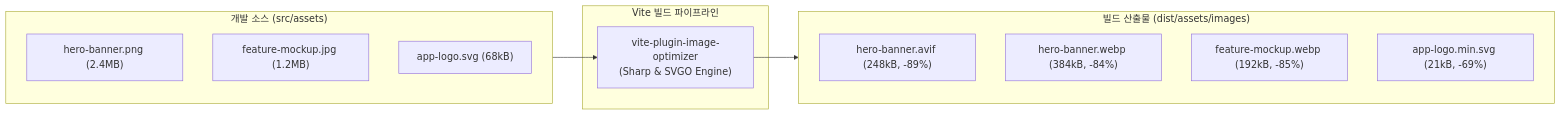
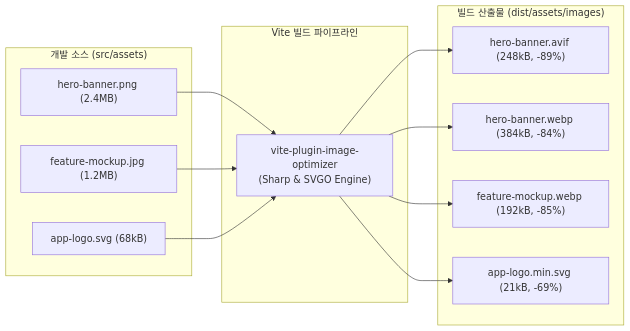
Before and after one commit to cmsong111/blog: the diagram in _posts/Vite/2026-09-18-vite-image-optimizer-webp-avif-pipeline.md, drawn with Mermaid. The commit also changed 96 other files, not shown here.

````diff
--- a/_posts/Vite/2026-09-18-vite-image-optimizer-webp-avif-pipeline.md
+++ b/_posts/Vite/2026-09-18-vite-image-optimizer-webp-avif-pipeline.md
@@ -31,22 +31,24 @@
 ```mermaid
 flowchart LR
     subgraph Source["개발 소스 (src/assets)"]
         RawPNG["hero-banner.png (2.4MB)"]
         RawJPG["feature-mockup.jpg (1.2MB)"]
         RawSVG["app-logo.svg (68kB)"]
     end
-
     subgraph Pipeline["Vite 빌드 파이프라인"]
-        Optimizer["vite-plugin-image-optimizer\n(Sharp & SVGO Engine)"]
+        Optimizer["vite-plugin-image-optimizer<br/>(Sharp & SVGO Engine)"]
     end
-
     subgraph Dist["빌드 산출물 (dist/assets/images)"]
         OutAVIF["hero-banner.avif (248kB, -89%)"]
         OutWebP["hero-banner.webp (384kB, -84%)"]
         OutOptJPG["feature-mockup.webp (192kB, -85%)"]
         OutMinSVG["app-logo.min.svg (21kB, -69%)"]
     end
-
-    Source --> Optimizer
-    Optimizer --> Dist
+    RawPNG --> Optimizer
+    RawJPG --> Optimizer
+    RawSVG --> Optimizer
+    Optimizer --> OutAVIF
+    Optimizer --> OutWebP
+    Optimizer --> OutOptJPG
+    Optimizer --> OutMinSVG
 ```
````
